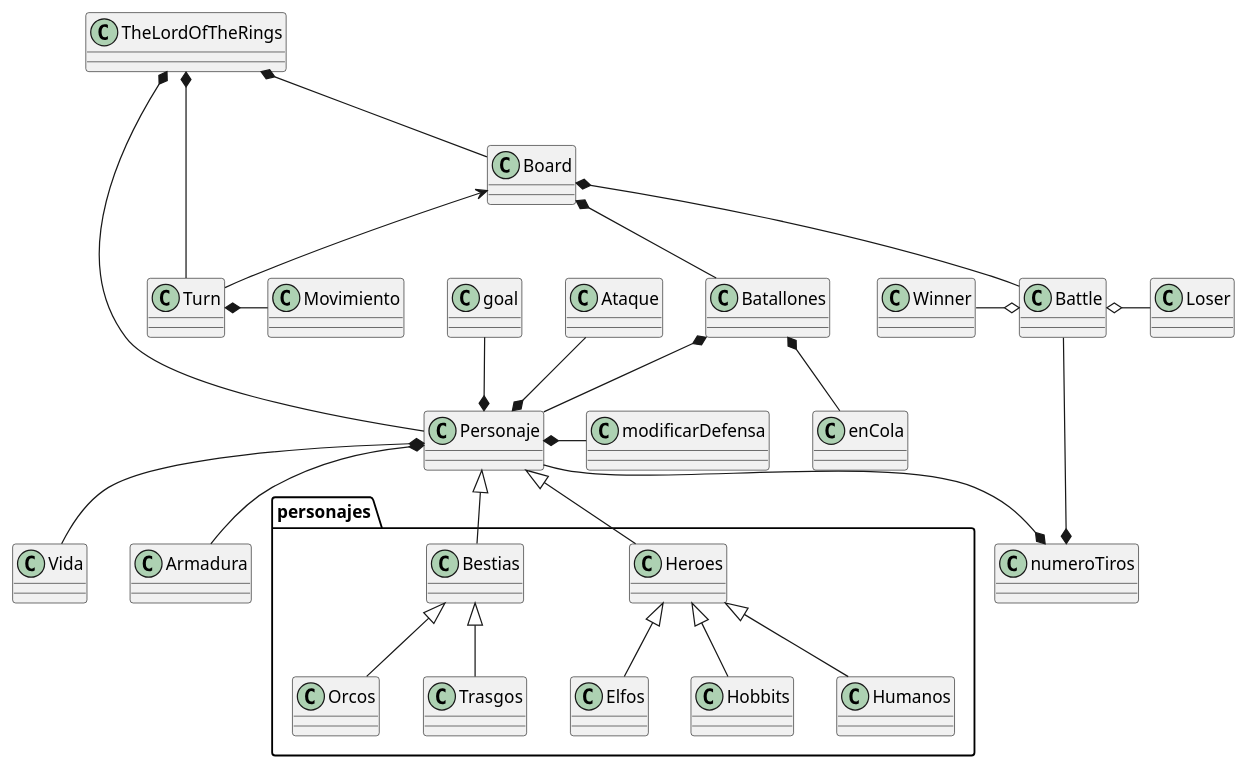
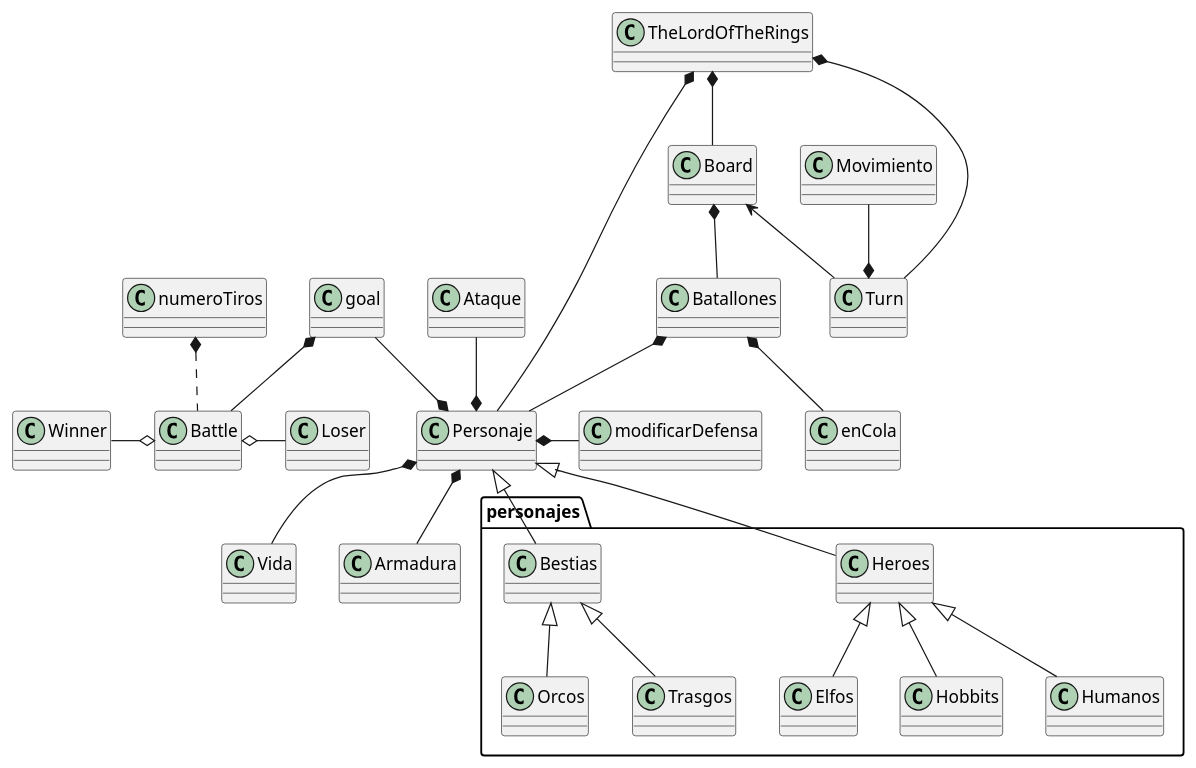
The diagram in LordOfRingDominio.wsd (Rebek73/TheLordOfTheRings), drawn with PlantUML before and after one commit.

```diff
--- a/LordOfRingDominio.wsd
+++ b/LordOfRingDominio.wsd
@@ -1,37 +1,36 @@
 @startuml ElSeñordelosAnillos
 
 TheLordOfTheRings *-- Personaje
 
 package "personajes"{
 Personaje <|-- Heroes
 Personaje <|-- Bestias
 Heroes <|-- Elfos
 Heroes <|-- Hobbits
 Heroes <|-- Humanos
 Bestias <|-- Orcos
 Bestias <|-- Trasgos 
 }
 
 Personaje *-- Vida
 Personaje *-- Armadura 
 Personaje *-up- Ataque
 Personaje *-up- goal
+goal *-- Battle
 
 TheLordOfTheRings *-right- Turn
 TheLordOfTheRings *-- Board
 
-Turn *-right- Movimiento 
-Board *-- Battle
-numeroTiros *-left- Battle
-numeroTiros *-up- Personaje
+Turn *-up- Movimiento 
+numeroTiros *-[dashed]- Battle
 Board *-- Batallones
 Batallones *-- Personaje
 Batallones *-- enCola
 Battle o-left- Winner 
 Battle o-right- Loser
 Personaje *-right- modificarDefensa
 
 Board <-- Turn
 
 
 @enduml
```
